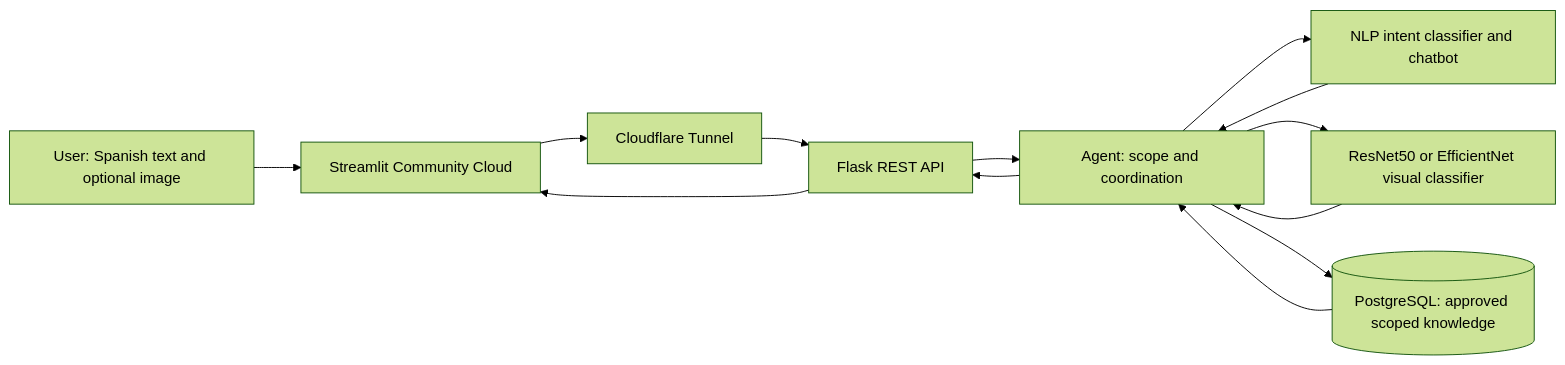
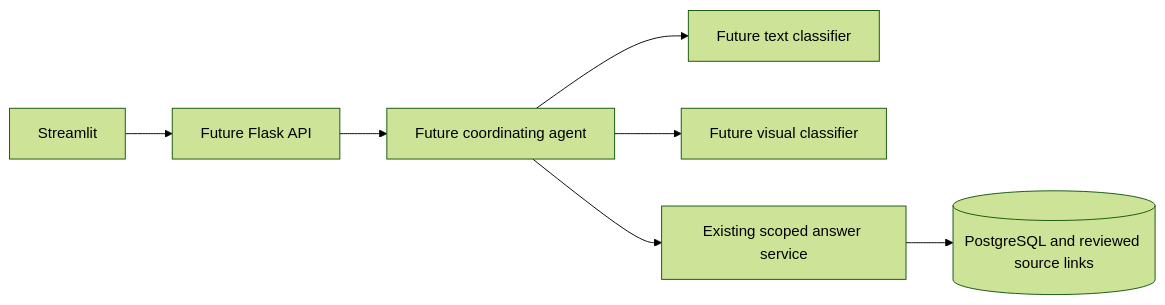
One commit to Praxisinfinitum/TechnicalNexus changed the second of 2 diagrams in NotaAcademica.md. Above: the diagram before and after it, drawn with Mermaid (forest theme). The commit also changed other lines of this file and 33 other files, not shown here.

Commit message:
Integrate Brother DCP-T220 and Canon C3935i with reviewed model-specific knowledge

````diff
--- a/NotaAcademica.md
+++ b/NotaAcademica.md
@@ -60,15 +203,9 @@
 ```mermaid
 flowchart LR
-    U[User: Spanish text and optional image] --> UI[Streamlit Community Cloud]
-    UI --> T[Cloudflare Tunnel]
-    T --> API[Flask REST API]
-    API --> A[Agent: scope and coordination]
-    A --> NLP[NLP intent classifier and chatbot]
-    NLP --> A
-    A --> V[ResNet50 or EfficientNet visual classifier]
-    V --> A
-    A --> DB[(PostgreSQL: approved scoped knowledge)]
-    DB --> A
-    A --> API
-    API --> UI
+    UI[Streamlit] --> API[Future Flask API]
+    API --> A[Future coordinating agent]
+    A --> T[Future text classifier]
+    A --> V[Future visual classifier]
+    A --> S[Existing scoped answer service]
+    S --> DB[(PostgreSQL and reviewed source links)]
 ```
````
